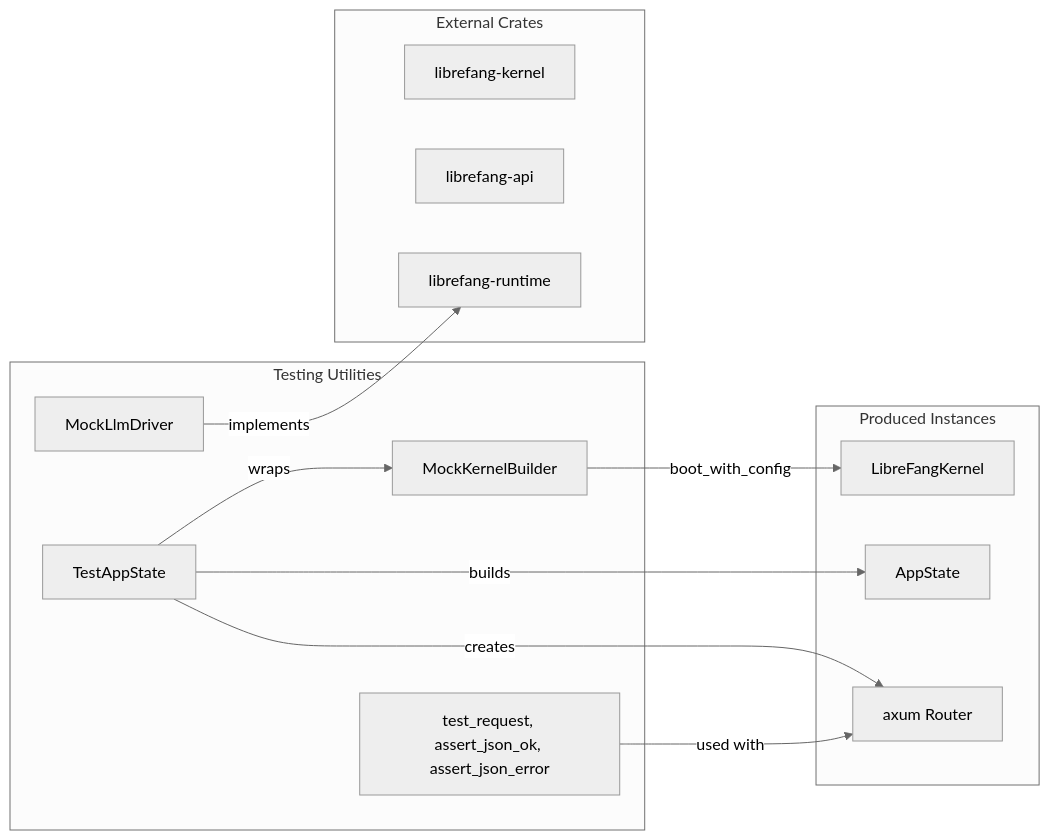
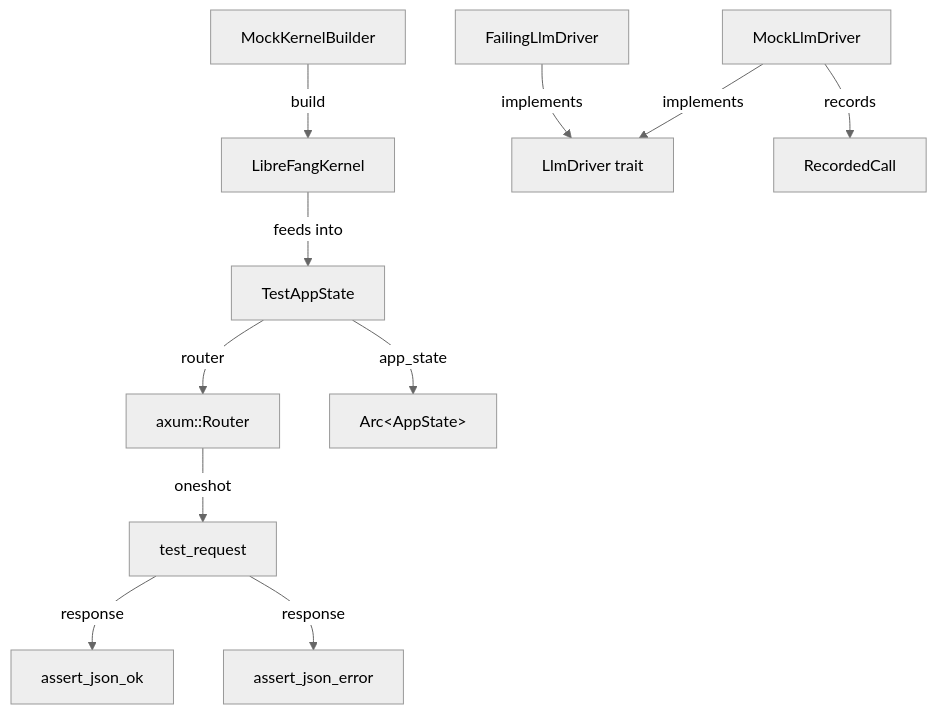
Before and after one commit to leszek3737/librefang-WIki: the diagram in testing-utilities.md, drawn with Mermaid (neutral theme). The commit also changed other lines of this file and 56 other files, not shown here.

````diff
--- a/testing-utilities.md
+++ b/testing-utilities.md
@@ -19,28 +15,14 @@
 ```mermaid
-flowchart LR
-    subgraph "Testing Utilities"
-        MKB[MockKernelBuilder]
-        MLD[MockLlmDriver]
-        TAS[TestAppState]
-        Helpers[test_request, assert_json_ok, assert_json_error]
-    end
-    
-    subgraph "Produced Instances"
-        Kernel[LibreFangKernel]
-        State[AppState]
-        Router[axum Router]
-    end
-    
-    subgraph "External Crates"
-        KernelCrate[librefang-kernel]
-        ApiCrate[librefang-api]
-        RuntimeCrate[librefang-runtime]
-    end
-    
-    MKB -->|boot_with_config| Kernel
-    TAS -->|wraps| MKB
-    TAS -->|builds| State
-    TAS -->|creates| Router
-    MLD -->|implements| RuntimeCrate
-    Helpers -->|used with| Router
+graph TD
+    TB[MockKernelBuilder] -->|build| K[LibreFangKernel]
+    K -->|feeds into| TA[TestAppState]
+    TA -->|router| R[axum::Router]
+    TA -->|app_state| AS[Arc&lt;AppState&gt;]
+    R -->|oneshot| REQ[test_request]
+    REQ -->|response| AJO[assert_json_ok]
+    REQ -->|response| AJE[assert_json_error]
+
+    MLD[MockLlmDriver] -->|implements| LD[LlmDriver trait]
+    FLD[FailingLlmDriver] -->|implements| LD
+    MLD -->|records| RC[RecordedCall]
 ```
````
